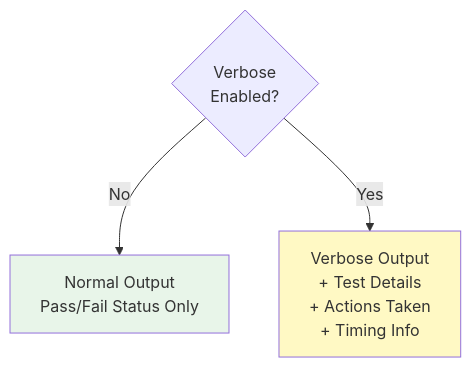
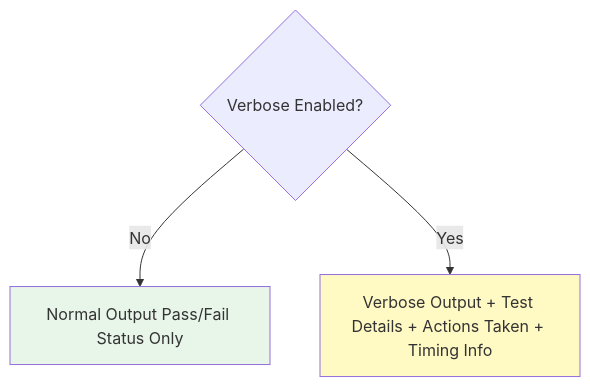
One commit to softwarewrighter/ui-test-rs changed diagram 12 of 14 in wiki/Reporter.md. Above: the diagram before and after it, drawn with Mermaid. The commit also changed other lines of this file and 10 other files, not shown here.

First line of the commit message:
Fix wiki Mermaid diagrams: remove <br/> tags

````diff
--- a/wiki/Reporter.md
+++ b/wiki/Reporter.md
@@ -537,13 +537,13 @@
 ```mermaid
 graph TB
-    VerboseMode{Verbose<br/>Enabled?}
+    VerboseMode{Verbose Enabled?}
 
-    Normal[Normal Output<br/>Pass/Fail Status Only]
-    Verbose[Verbose Output<br/>+ Test Details<br/>+ Actions Taken<br/>+ Timing Info]
+    Normal[Normal Output Pass/Fail Status Only]
+    Verbose[Verbose Output + Test Details + Actions Taken + Timing Info]
 
     VerboseMode -->|No| Normal
     VerboseMode -->|Yes| Verbose
 
     style Normal fill:#e8f5e9
     style Verbose fill:#fff9c4
 ```
````
